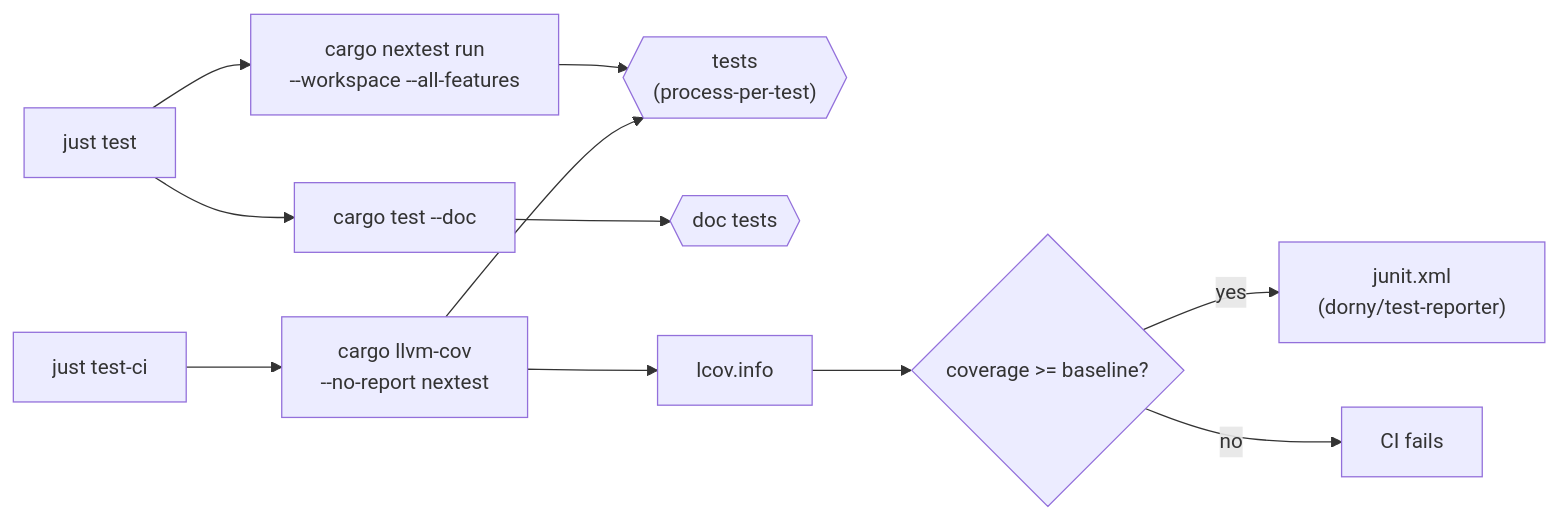
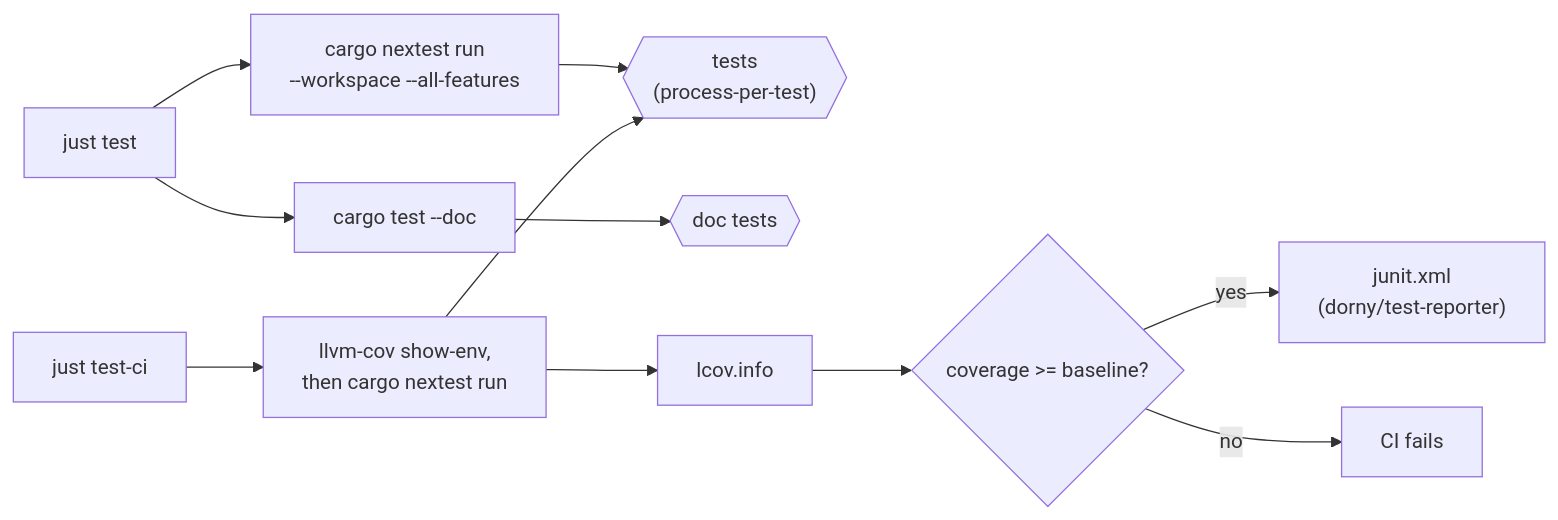
One commit to TisVlay/TisVlay changed the first of 5 diagrams in docs/testing.md. Above: the diagram before and after it, drawn with Mermaid. The commit also changed other lines of this file and 7 other files, not shown here.

````diff
--- a/docs/testing.md
+++ b/docs/testing.md
@@ -53,14 +53,14 @@
 ```mermaid
 flowchart LR
     JT["just test"] --> NX["cargo nextest run<br/>--workspace --all-features"]
     JT --> DT["cargo test --doc"]
     NX --> R{{"tests<br/>(process-per-test)"}}
     DT --> D{{"doc tests"}}
 
-    JTC["just test-ci"] --> COV["cargo llvm-cov<br/>--no-report nextest"]
+    JTC["just test-ci"] --> COV["llvm-cov show-env,<br/>then cargo nextest run"]
     COV --> R
     COV --> LCOV["lcov.info"]
     LCOV --> RATCHET{"coverage >= baseline?"}
     RATCHET -->|yes| JUNIT["junit.xml<br/>(dorny/test-reporter)"]
     RATCHET -->|no| FAIL["CI fails"]
 ```
````
